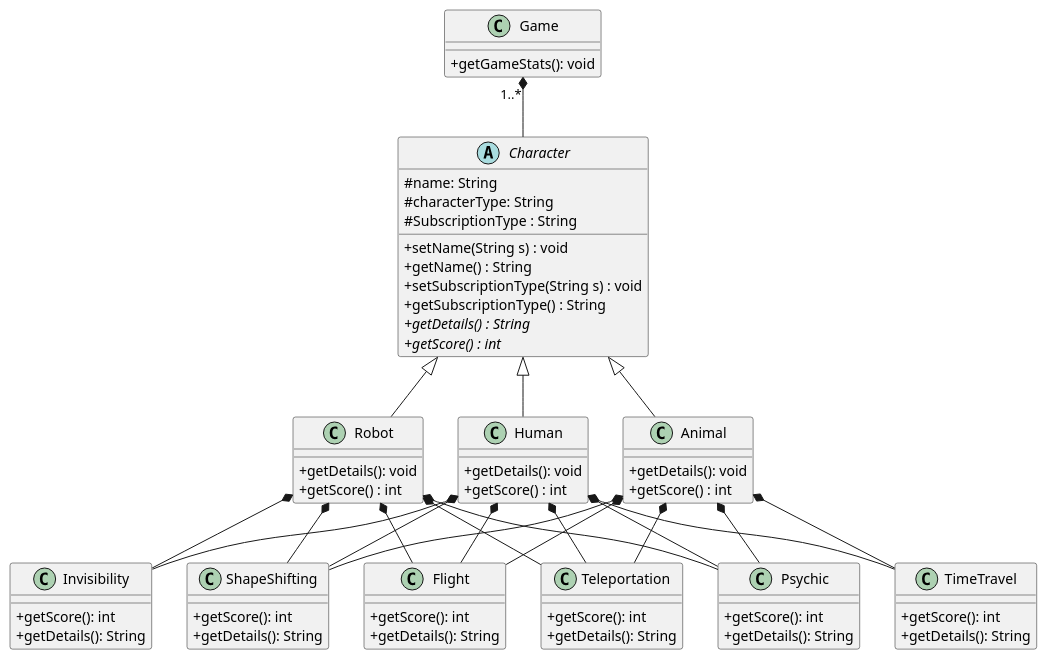
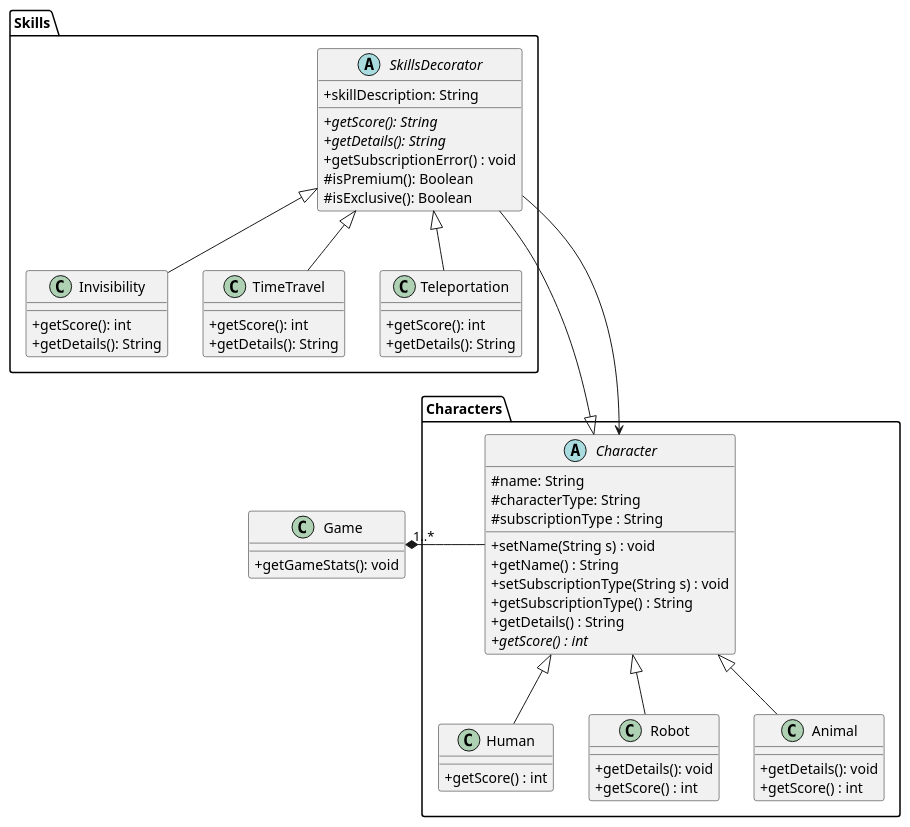
Before and after one commit to StephCol/DesignPatterns: the diagram in Patterns/src/Decorator/ClassDiagram.puml, drawn with PlantUML. The commit also changed 22 other files, not shown here.

```diff
--- a/Patterns/src/Decorator/ClassDiagram.puml
+++ b/Patterns/src/Decorator/ClassDiagram.puml
@@ -1,92 +1,78 @@
 @startuml
 skinParam classAttributeIconSize 0
 
 class Game{
 + getGameStats(): void
 }
 
-Game "1..*" *-- Character
+Game "1..*" *- Characters.Character
 
-abstract class Character{
+abstract class Characters.Character{
     #name: String
     #characterType: String
-    #SubscriptionType : String
+    #subscriptionType : String
 
     +setName(String s) : void
     +getName() : String
     +setSubscriptionType(String s) : void
     +getSubscriptionType() : String
-    {abstract} +getDetails() : String
+    +getDetails() : String
     {abstract} +getScore() : int
 }
 
-class Human{
+
+abstract class Skills.SkillsDecorator{
+    +skillDescription: String
+
+    +{abstract} getScore(): String
+    +{abstract} getDetails(): String
+    +getSubscriptionError() : void
+    #isPremium(): Boolean
+    #isExclusive(): Boolean
+}
+
+Characters.Character <|-- Skills.SkillsDecorator
+Skills.SkillsDecorator ---> Characters.Character
+
+class Characters.Human{
+    + getScore() : int
+}
+
+class Characters.Robot{
     + getDetails(): void
     + getScore() : int
 }
 
-class Robot{
+class Characters.Animal{
     + getDetails(): void
     + getScore() : int
 }
 
-class Animal{
-    + getDetails(): void
-    + getScore() : int
-}
 
-class Psychic{
-    +getScore(): int
-    +getDetails(): String
- }
 
-class ShapeShifting{
+class Skills.Invisibility{
     +getScore(): int
     +getDetails(): String
 }
 
-class Flight{
-     +getScore(): int
-     +getDetails(): String
-}
-
-class Invisibility{
+class Skills.TimeTravel{
     +getScore(): int
     +getDetails(): String
 }
 
-class TimeTravel{
+class Skills.Teleportation{
     +getScore(): int
     +getDetails(): String
 }
 
-class Teleportation{
-    +getScore(): int
-    +getDetails(): String
-}
+Characters.Character <|-- Characters.Human
+Characters.Character <|-- Characters.Robot
+Characters.Character <|-- Characters.Animal
 
-Character <|-- Human
-Character <|-- Robot
-Character <|-- Animal
+Skills.SkillsDecorator <|-- Skills.Teleportation
+Skills.SkillsDecorator <|-- Skills.TimeTravel
+Skills.SkillsDecorator <|-- Skills.Invisibility
 
-Animal *-- Psychic
-Animal *-- Flight
-Animal *-- ShapeShifting
-Animal *-- TimeTravel
-Animal *-- Teleportation
-
-Robot *-- Psychic
-Robot *-- Flight
-Robot *-- Invisibility
-Robot *-- ShapeShifting
-Robot *-- Teleportation
-
-Human *-- Invisibility
-Human *-- ShapeShifting
-Human *-- Flight
-Human *-- TimeTravel
-Human *-- Teleportation
-Human *-- Psychic
 
 
 @enduml
```
